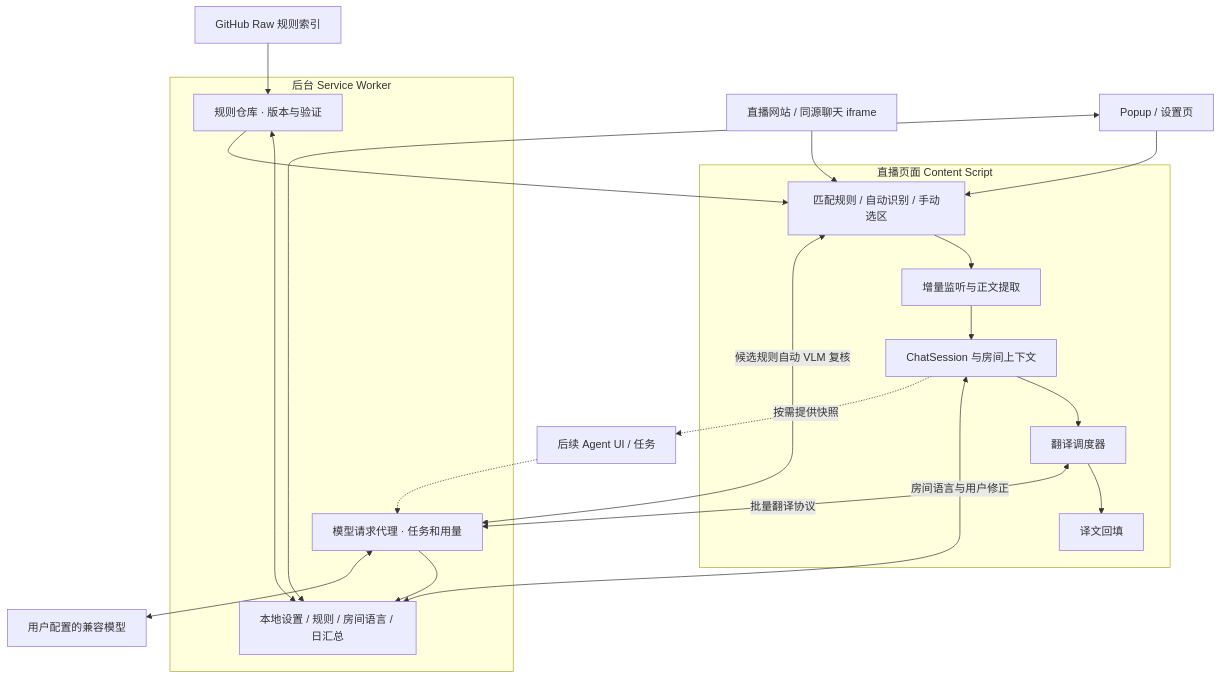
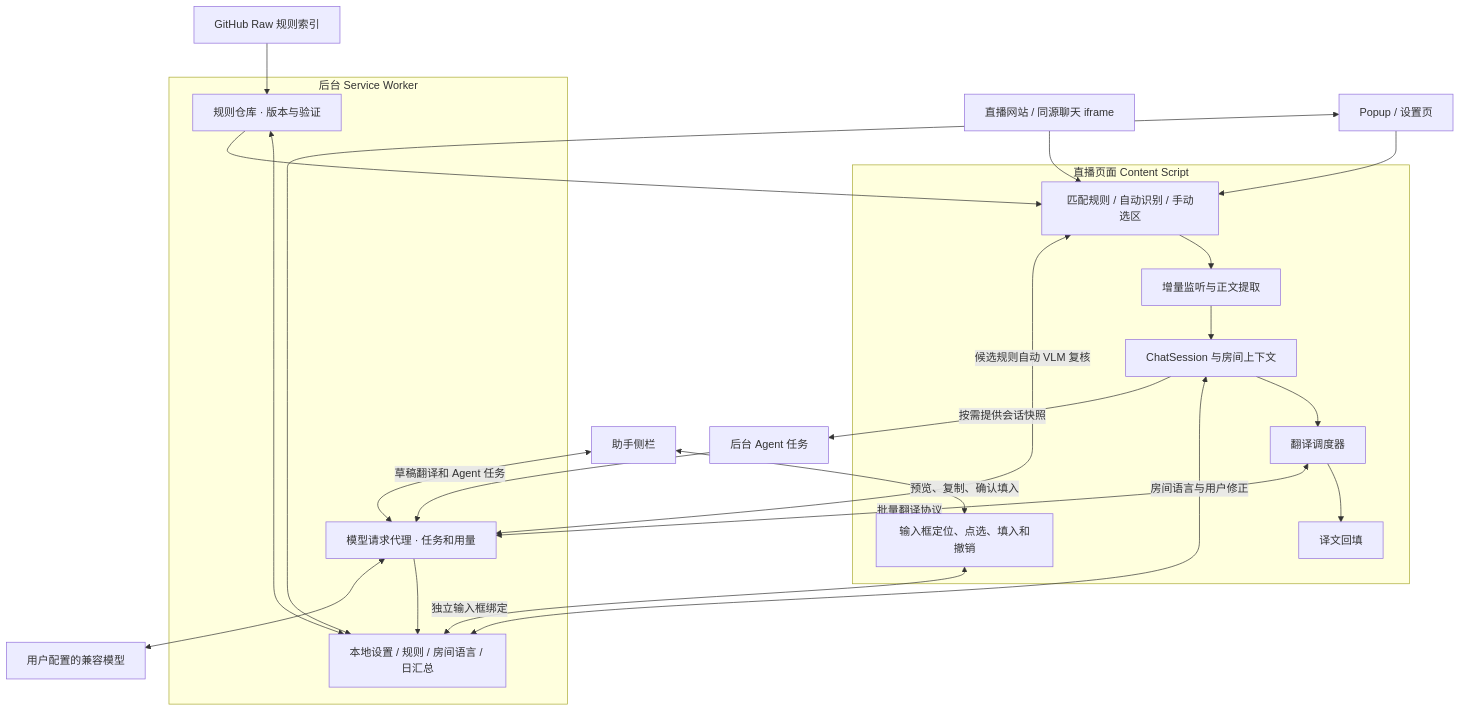
Before and after one commit to xsola/livechat-copilot: the diagram in docs/architecture.md, drawn with Mermaid. The commit also changed other lines of this file and 33 other files, not shown here.

````diff
--- a/docs/architecture.md
+++ b/docs/architecture.md
@@ -5,31 +5,35 @@
 ```mermaid
 flowchart TB
     subgraph Content["直播页面 Content Script"]
         Adapter["匹配规则 / 自动识别 / 手动选区"]
         Observer["增量监听与正文提取"]
         Session["ChatSession 与房间上下文"]
         Queue["翻译调度器"]
         Renderer["译文回填"]
+        Editor["输入框定位、点选、填入和撤销"]
         Adapter --> Observer --> Session --> Queue --> Renderer
     end
 
     subgraph Background["后台 Service Worker"]
         Rules["规则仓库 · 版本与验证"]
         Model["模型请求代理 · 任务和用量"]
         Store["本地设置 / 规则 / 房间语言 / 日汇总"]
         Rules <--> Store
         Model --> Store
     end
 
     Page["直播网站 / 同源聊天 iframe"] --> Adapter
     Rules --> Adapter
     Github["GitHub Raw 规则索引"] --> Rules
     Adapter <-->|候选规则自动 VLM 复核| Model
     Session <-->|房间语言与用户修正| Store
     Queue <-->|批量翻译协议| Model
     Model <--> Remote["用户配置的兼容模型"]
     Options["Popup / 设置页"] <--> Store
     Options --> Adapter
-    Session -.->|按需提供快照| Agent["后续 Agent UI / 任务"]
-    Agent -.-> Model
+    Session -->|按需提供会话快照| Agent["后台 Agent 任务"]
+    Agent --> Model
+    Sidepanel["助手侧栏"] <-->|预览、复制、确认填入| Editor
+    Sidepanel <-->|草稿翻译和 Agent 任务| Model
+    Editor <-->|独立输入框绑定| Store
 ```
````
